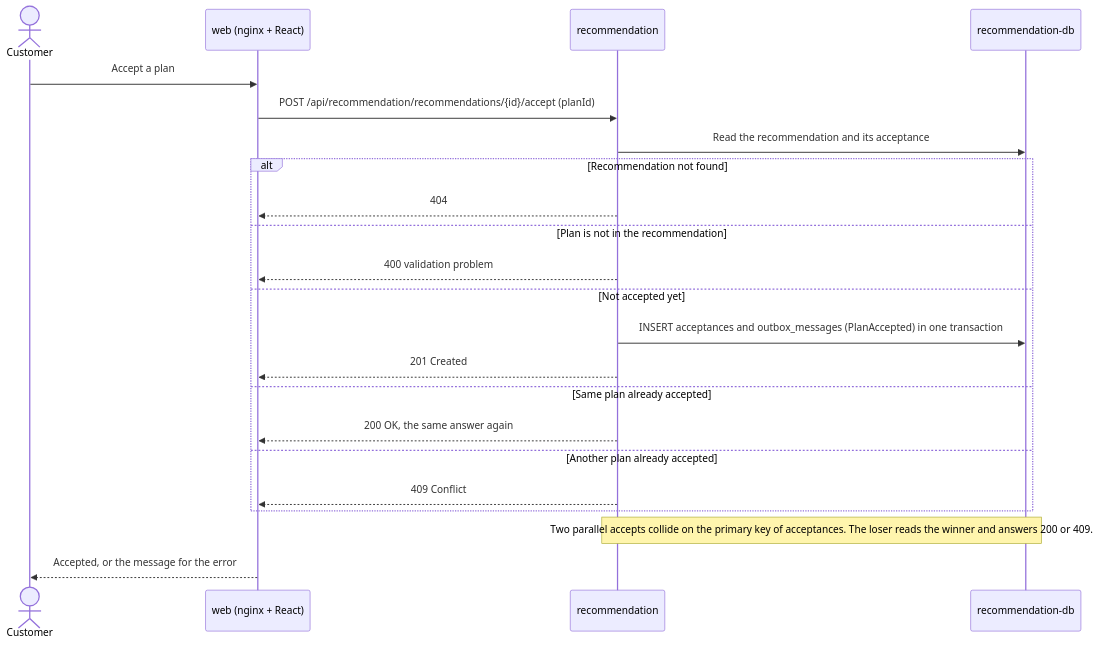
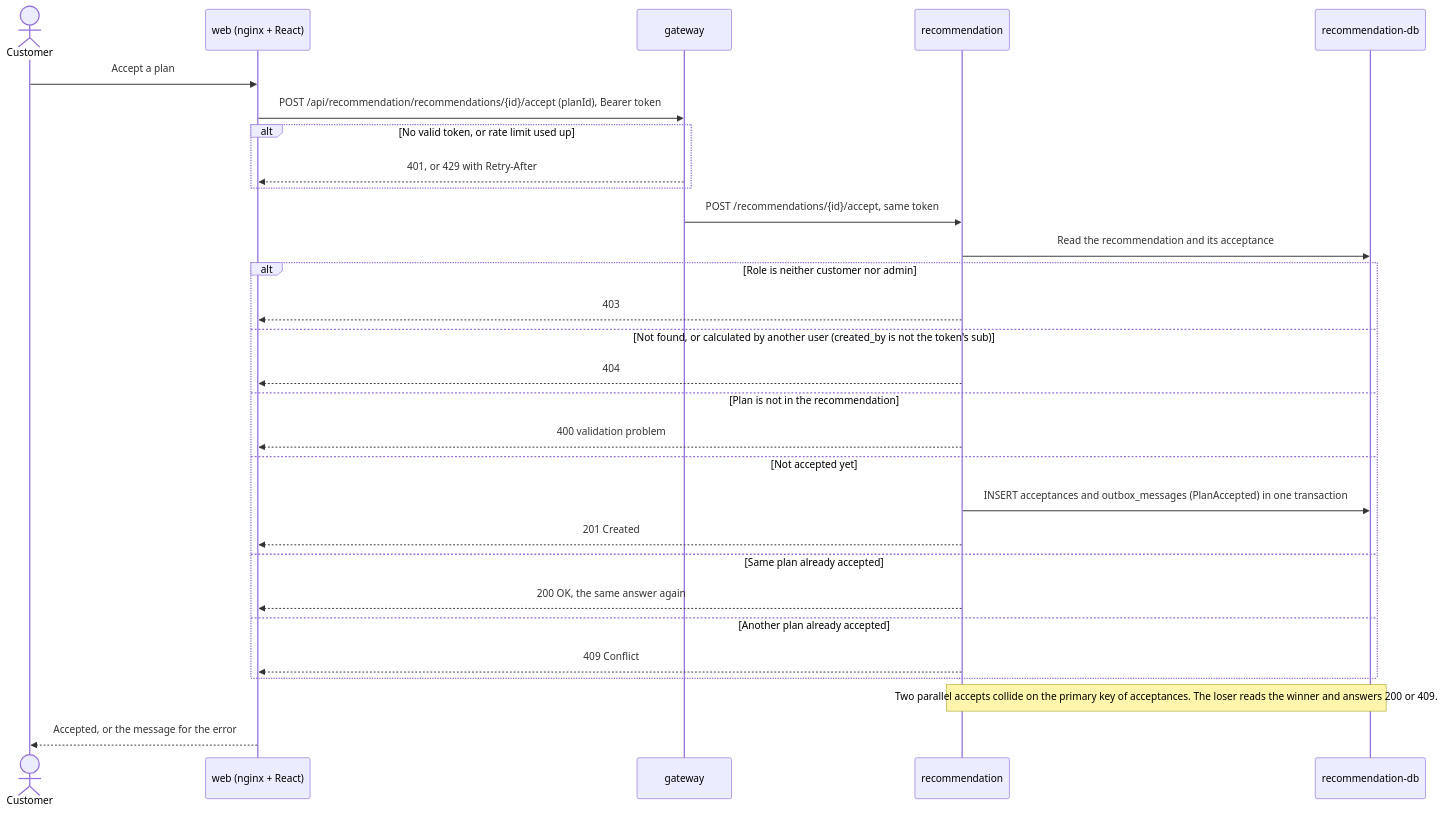
Before and after one commit to bratsale/gridwise: the third of 10 diagrams in docs/architecture/flows.md, drawn with Mermaid. The commit also changed other lines of this file and 1 other file, not shown here.

Commit message:
docs: update data model and flows for identity, gateway and replay

````diff
--- a/docs/architecture/flows.md
+++ b/docs/architecture/flows.md
@@ -61,25 +76,32 @@
 ```mermaid
 sequenceDiagram
     actor C as Customer
     participant W as web (nginx + React)
+    participant G as gateway
     participant R as recommendation
     participant DB as recommendation-db
 
     C->>W: Accept a plan
-    W->>R: POST /api/recommendation/recommendations/{id}/accept (planId)
+    W->>G: POST /api/recommendation/recommendations/{id}/accept (planId), Bearer token
+    alt No valid token, or rate limit used up
+        G-->>W: 401, or 429 with Retry-After
+    end
+    G->>R: POST /recommendations/{id}/accept, same token
     R->>DB: Read the recommendation and its acceptance
-    alt Recommendation not found
+    alt Role is neither customer nor admin
+        R-->>W: 403
+    else Not found, or calculated by another user (created_by is not the token's sub)
         R-->>W: 404
     else Plan is not in the recommendation
         R-->>W: 400 validation problem
     else Not accepted yet
         R->>DB: INSERT acceptances and outbox_messages (PlanAccepted) in one transaction
         R-->>W: 201 Created
     else Same plan already accepted
         R-->>W: 200 OK, the same answer again
     else Another plan already accepted
         R-->>W: 409 Conflict
     end
     Note over R,DB: Two parallel accepts collide on the primary key of acceptances. The loser reads the winner and answers 200 or 409.
     W-->>C: Accepted, or the message for the error
 ```
````
